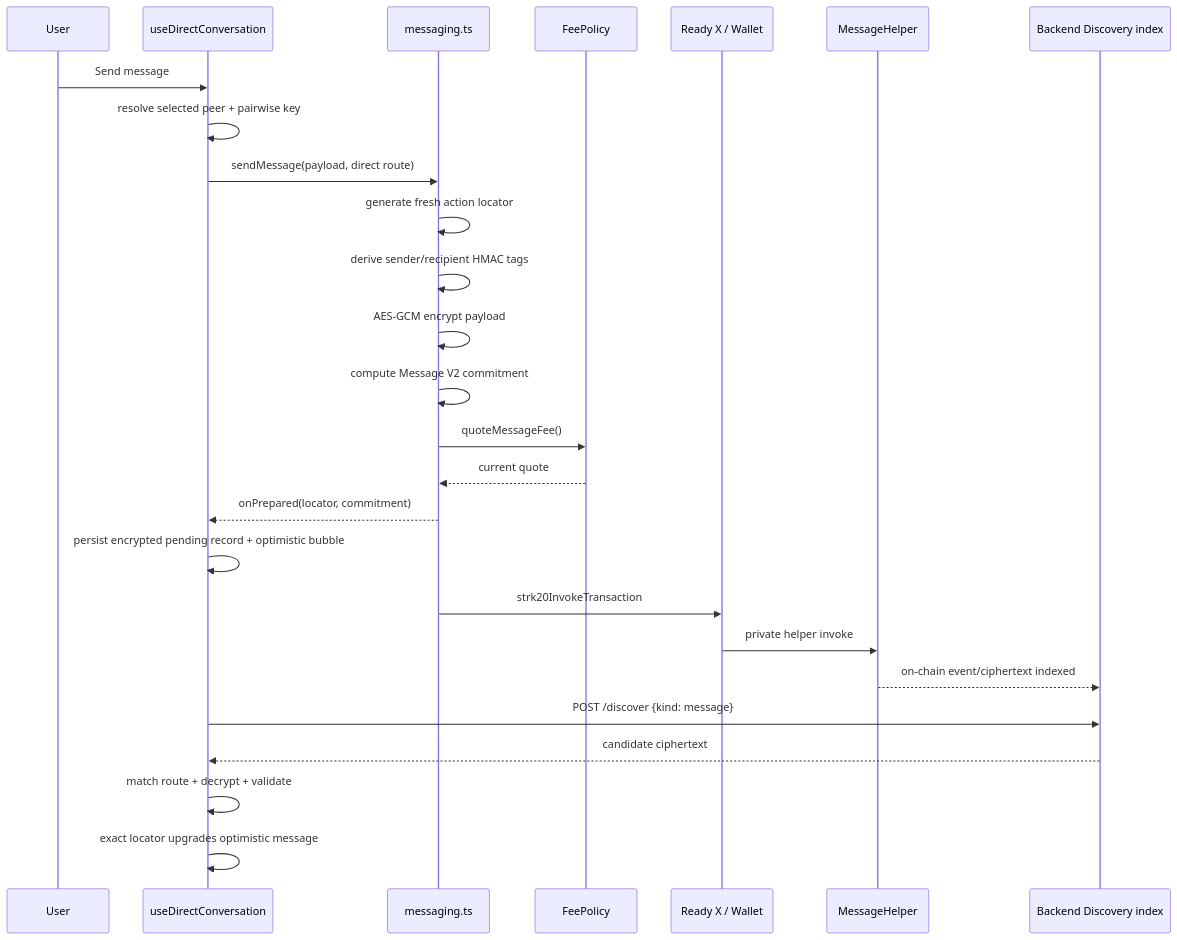
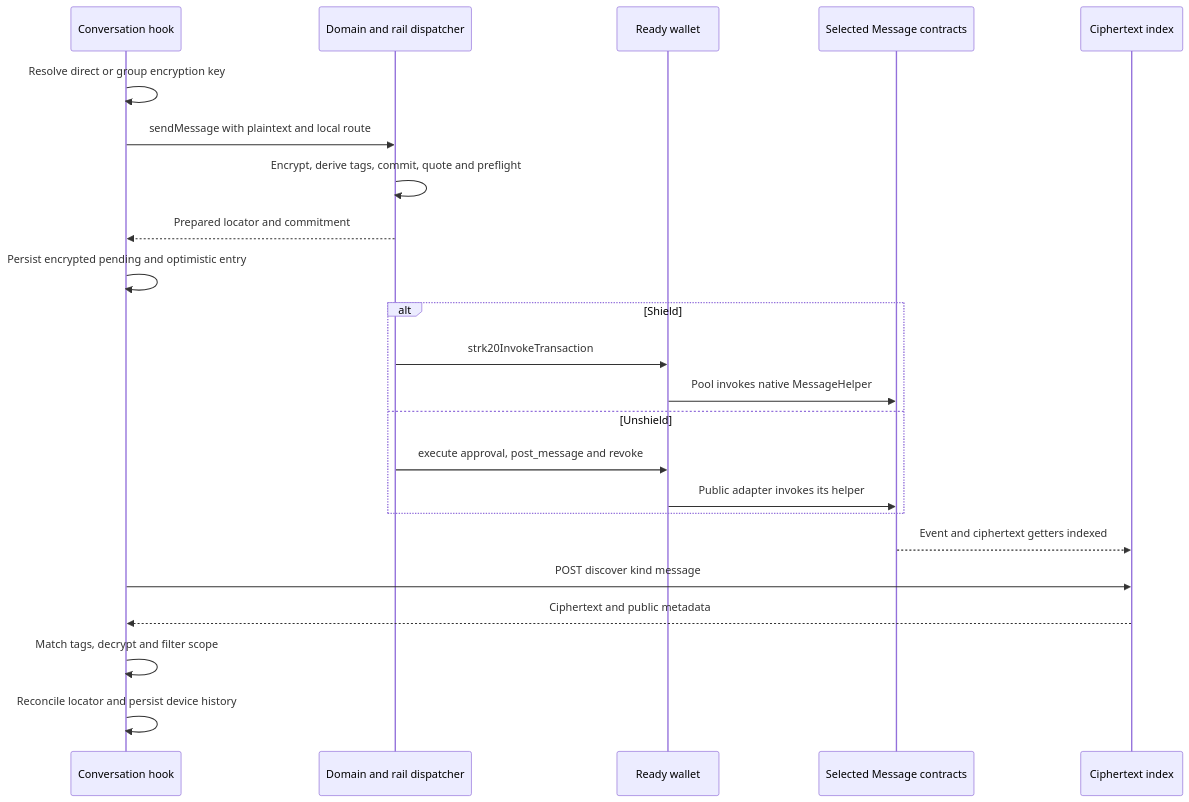
The third of 14 diagrams in docs/technical/frontend/application-flow.md (DXJLabs/vinss), drawn with Mermaid before and after one commit. The commit also changed other lines of this file and 8 other files, not shown here.

Commit message:
docs: refresh messaging architecture, code maps and Mermaid; verify Offer rails

````diff
--- a/docs/technical/frontend/application-flow.md
+++ b/docs/technical/frontend/application-flow.md
@@ -322,29 +325,25 @@
 ```mermaid
 sequenceDiagram
-    participant U as User
-    participant H as useDirectConversation
-    participant M as messaging.ts
-    participant F as FeePolicy
-    participant W as Ready X / Wallet
-    participant C as MessageHelper
-    participant I as Backend Discovery index
-
-    U->>H: Send message
-    H->>H: resolve selected peer + pairwise key
-    H->>M: sendMessage(payload, direct route)
-    M->>M: generate fresh action locator
-    M->>M: derive sender/recipient HMAC tags
-    M->>M: AES-GCM encrypt payload
-    M->>M: compute Message V2 commitment
-    M->>F: quoteMessageFee()
-    F-->>M: current quote
-    M-->>H: onPrepared(locator, commitment)
-    H->>H: persist encrypted pending record + optimistic bubble
-    M->>W: strk20InvokeTransaction
-    W->>C: private helper invoke
-    C-->>I: on-chain event/ciphertext indexed
-    H->>I: POST /discover {kind: message}
-    I-->>H: candidate ciphertext
-    H->>H: match route + decrypt + validate
-    H->>H: exact locator upgrades optimistic message
+    participant H as Conversation hook
+    participant M as Domain and rail dispatcher
+    participant W as Ready wallet
+    participant C as Selected Message contracts
+    participant I as Ciphertext index
+    H->>H: Resolve direct or group encryption key
+    H->>M: sendMessage with plaintext and local route
+    M->>M: Encrypt, derive tags, commit, quote and preflight
+    M-->>H: Prepared locator and commitment
+    H->>H: Persist encrypted pending and optimistic entry
+    alt Shield
+        M->>W: strk20InvokeTransaction
+        W->>C: Pool invokes native MessageHelper
+    else Unshield
+        M->>W: execute approval, post_message and revoke
+        W->>C: Public adapter invokes its helper
+    end
+    C-->>I: Event and ciphertext getters indexed
+    H->>I: POST discover kind message
+    I-->>H: Ciphertext and public metadata
+    H->>H: Match tags, decrypt and filter scope
+    H->>H: Reconcile locator and persist device history
 ```
````
